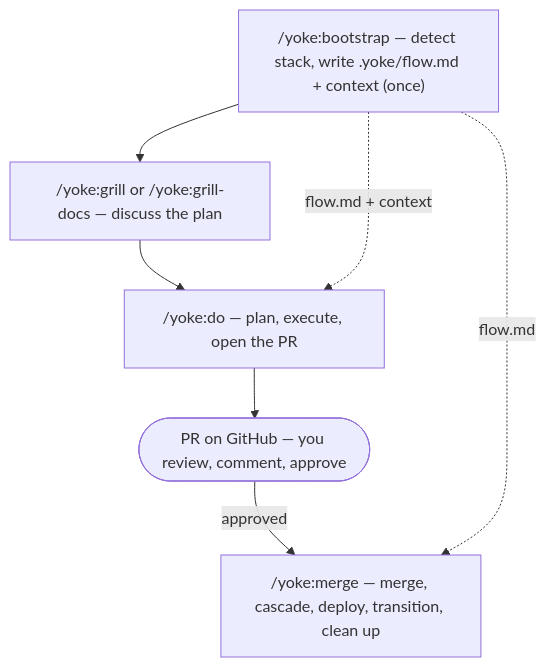
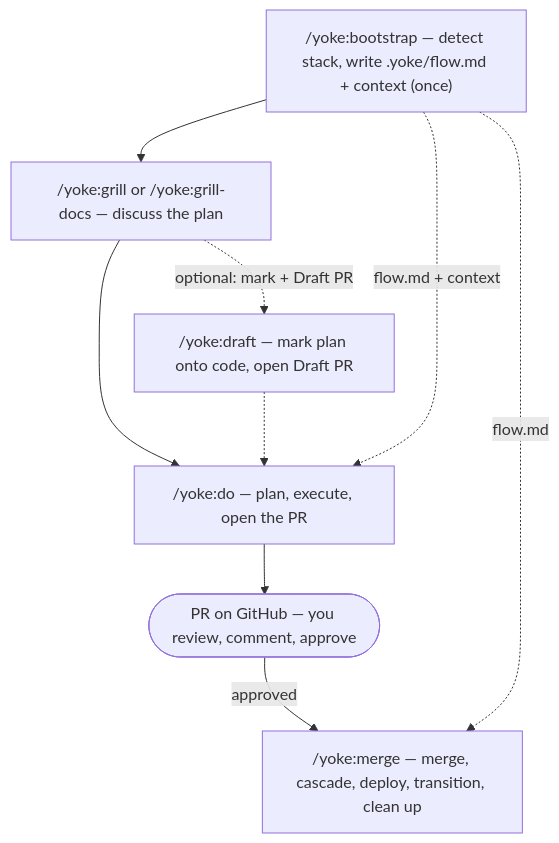
The diagram in README.md (yokeloop/yoke), drawn with Mermaid before and after one commit. The commit also changed other lines of this file, not shown here.

Commit message:
#32 docs(32-draft-marking-step): show optional draft step in README flow

````diff
--- a/README.md
+++ b/README.md
@@ -3,12 +3,14 @@
 ```mermaid
 flowchart TD
   bootstrap["/yoke:bootstrap — detect stack, write .yoke/flow.md + context (once)"]
   grill["/yoke:grill or /yoke:grill-docs — discuss the plan"]
+  draft["/yoke:draft — mark plan onto code, open Draft PR"]
   do["/yoke:do — plan, execute, open the PR"]
   pr(["PR on GitHub — you review, comment, approve"])
   merge["/yoke:merge — merge, cascade, deploy, transition, clean up"]
 
   bootstrap --> grill --> do --> pr -->|approved| merge
   bootstrap -.->|flow.md + context| do
   bootstrap -.->|flow.md| merge
+  grill -.->|optional: mark + Draft PR| draft -.-> do
 ```
````
